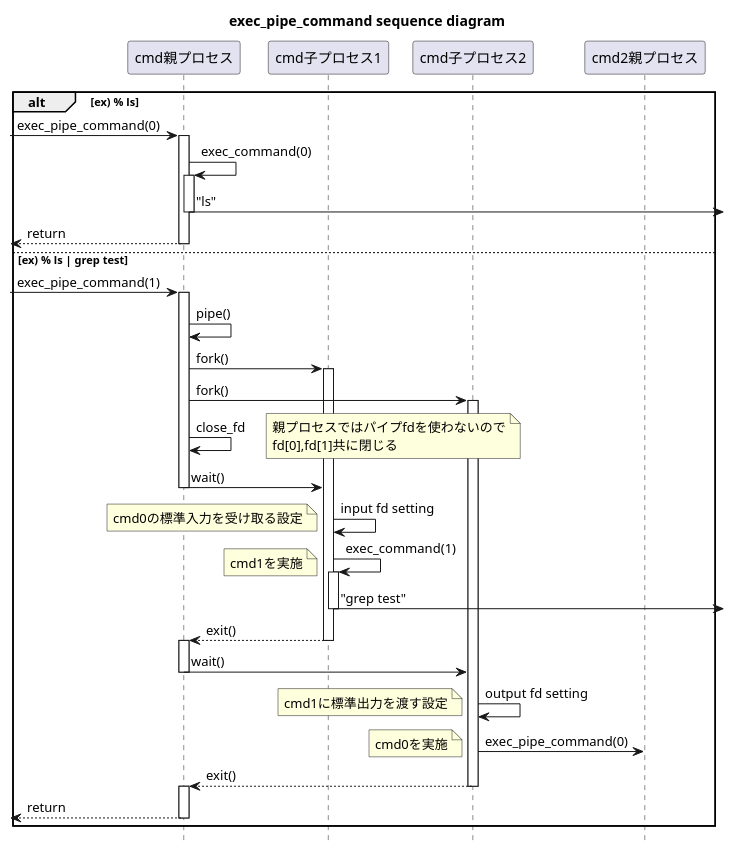
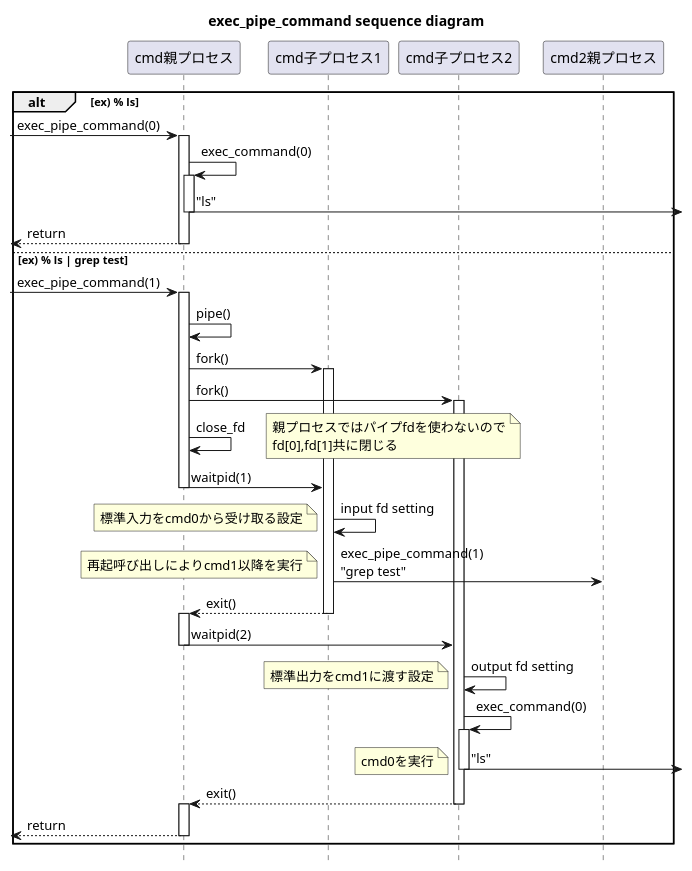
One commit to Toshiki-Nakamura/minishell changed the diagram in sequence_pipe.puml. Above: the diagram before and after it, drawn with PlantUML. The commit also changed 5 other files, not shown here.

Commit message:
refactoring pipe_executor. remove arg1 remain_cmd_num #2

```diff
--- a/sequence_pipe.puml
+++ b/sequence_pipe.puml
@@ -3,55 +3,55 @@
 @startuml
 title exec_pipe_command sequence diagram
 hide footbox
 
 participant "cmd親プロセス" as Parent1
 participant "cmd子プロセス1" as Child1
 participant "cmd子プロセス2" as Child2
 participant "cmd2親プロセス" as Parent2
 
 alt ex) % ls
 	[->Parent1 : exec_pipe_command(0)
 	activate Parent1
 	Parent1 -> Parent1 : exec_command(0)
 	activate Parent1
 	Parent1->] : "ls"
 	deactivate Parent1
 	[<--Parent1 : return
 	deactivate Parent1
 else ex) % ls | grep test
 	[->Parent1 : exec_pipe_command(1)
 	activate Parent1
 	Parent1->Parent1 : pipe()
 	Parent1->Child1 : fork()
 	activate Child1
 	Parent1->Child2 : fork()
 	activate Child2
 	Parent1->Parent1 : close_fd
 	note right: 親プロセスではパイプfdを使わないので\nfd[0],fd[1]共に閉じる
-	Parent1->Child1 : wait()
+	Parent1->Child1 : waitpid(1)
 	deactivate Parent1
 	Child1->Child1 : input fd setting
-	note left: cmd0の標準入力を受け取る設定
-	Child1->Child1 : exec_command(1)
-	note left: cmd1を実施
-	activate Child1
-	Child1->] : "grep test"
-	deactivate Child1
+	note left: 標準入力をcmd0から受け取る設定
+	Child1->Parent2 : exec_pipe_command(1)\n"grep test"
+	note left: 再起呼び出しによりcmd1以降を実行
 	Parent1<--Child1 : exit()
 	deactivate Child1
 	activate Parent1
-	Parent1->Child2 : wait()
+	Parent1->Child2 : waitpid(2)
 	deactivate Parent1
 	Child2->Child2 : output fd setting
-	note left: cmd1に標準出力を渡す設定
-	Child2->Parent2 : exec_pipe_command(0)
-	note left: cmd0を実施
+	note left: 標準出力をcmd1に渡す設定
+	Child2->Child2 : exec_command(0)
+	activate Child2
+	Child2->] : "ls"
+	deactivate Child2
+	note left: cmd0を実行
 	Parent1<--Child2 : exit()
 	deactivate Child2
 	activate Parent1
 	[<--Parent1 : return
 	deactivate Parent1
 end
 
 
 @enduml
```
